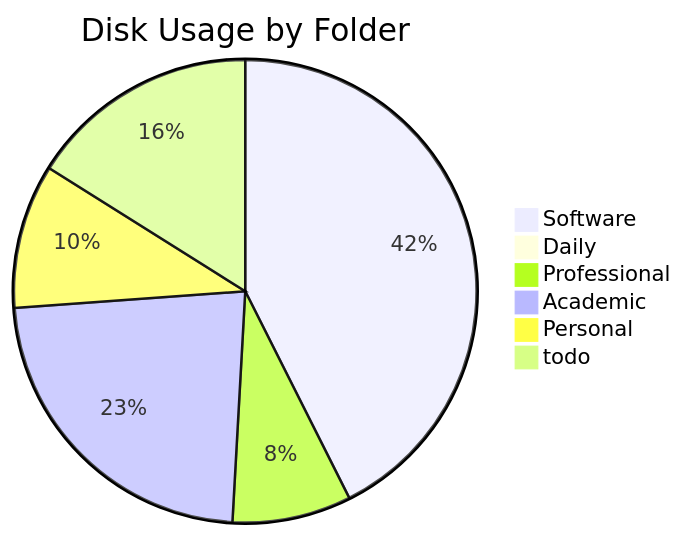
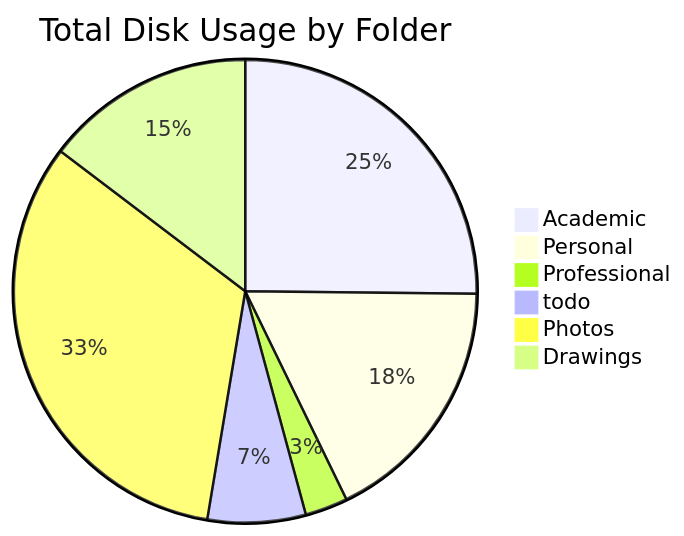
The second of 5 diagrams in README.md (Promptier/disk-usage), drawn with Mermaid before and after one commit. The commit also changed other lines of this file, not shown here.

````diff
--- a/README.md
+++ b/README.md
@@ -8,9 +26,9 @@
 ```mermaid
-pie title Disk Usage by Folder
-    "Software" : 964
-    "Daily" : 12
-    "Professional" : 188
-    "Academic" : 520
-    "Personal" : 228
-    "todo" : 364
+pie title Total Disk Usage by Folder
+	"Academic" : 19488
+	"Personal" : 13646
+	"Professional" : 2309
+	"todo" : 5300
+	"Photos" : 25308
+	"Drawings" : 11363
 ```
````
